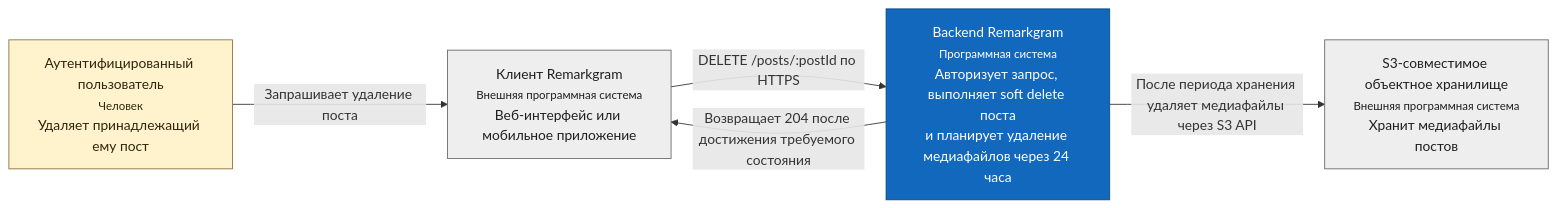
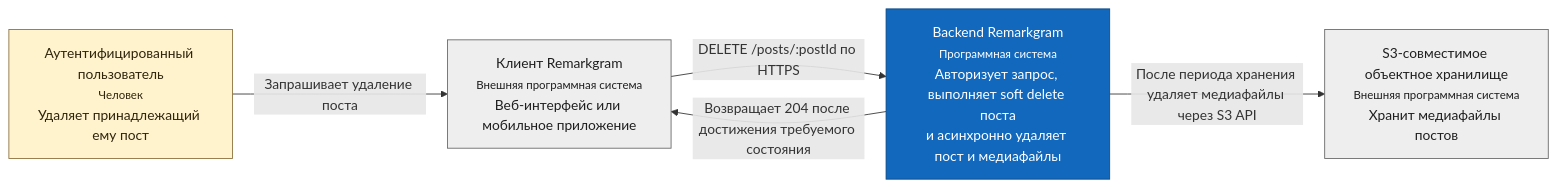
One commit to Inctargam/remarkgram-backend changed the diagram in docs/post-deletion/architecture/c4/system-context/post-deletion.md. Above: the diagram before and after it, drawn with Mermaid. The commit also changed other lines of this file and 28 other files, not shown here.

````diff
--- a/docs/post-deletion/architecture/c4/system-context/post-deletion.md
+++ b/docs/post-deletion/architecture/c4/system-context/post-deletion.md
@@ -10,20 +10,20 @@
 ```mermaid
 flowchart LR
     user["Аутентифицированный пользователь<br/><small>Человек</small><br/>Удаляет принадлежащий ему пост"]
     client["Клиент Remarkgram<br/><small>Внешняя программная система</small><br/>Веб-интерфейс или мобильное приложение"]
-    backend["Backend Remarkgram<br/><small>Программная система</small><br/>Авторизует запрос, выполняет soft delete поста<br/>и планирует удаление медиафайлов через 24 часа"]
+    backend["Backend Remarkgram<br/><small>Программная система</small><br/>Авторизует запрос, выполняет soft delete поста<br/>и асинхронно удаляет пост и медиафайлы"]
     storage["S3-совместимое объектное хранилище<br/><small>Внешняя программная система</small><br/>Хранит медиафайлы постов"]
 
     user -->|"Запрашивает удаление поста"| client
     client -->|"DELETE /posts/:postId по HTTPS"| backend
     backend -->|"Возвращает 204 после достижения требуемого состояния"| client
     backend -->|"После периода хранения удаляет медиафайлы через S3 API"| storage
 
     classDef person fill:#fff3cd,stroke:#8a6d3b,color:#2f250d
     classDef external fill:#eeeeee,stroke:#666666,color:#1f1f1f
     classDef system fill:#1168bd,stroke:#0b4884,color:#ffffff
 
     class user person
     class client,storage external
     class backend system
 ```
````
